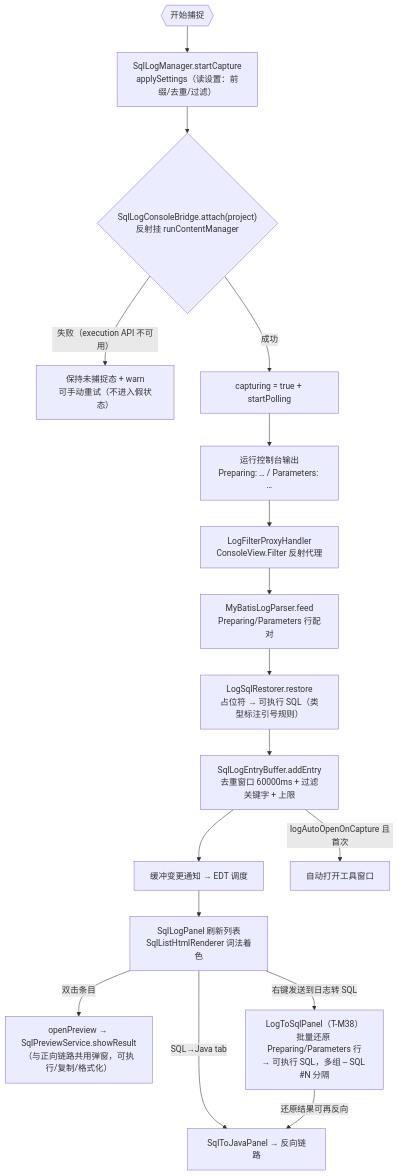
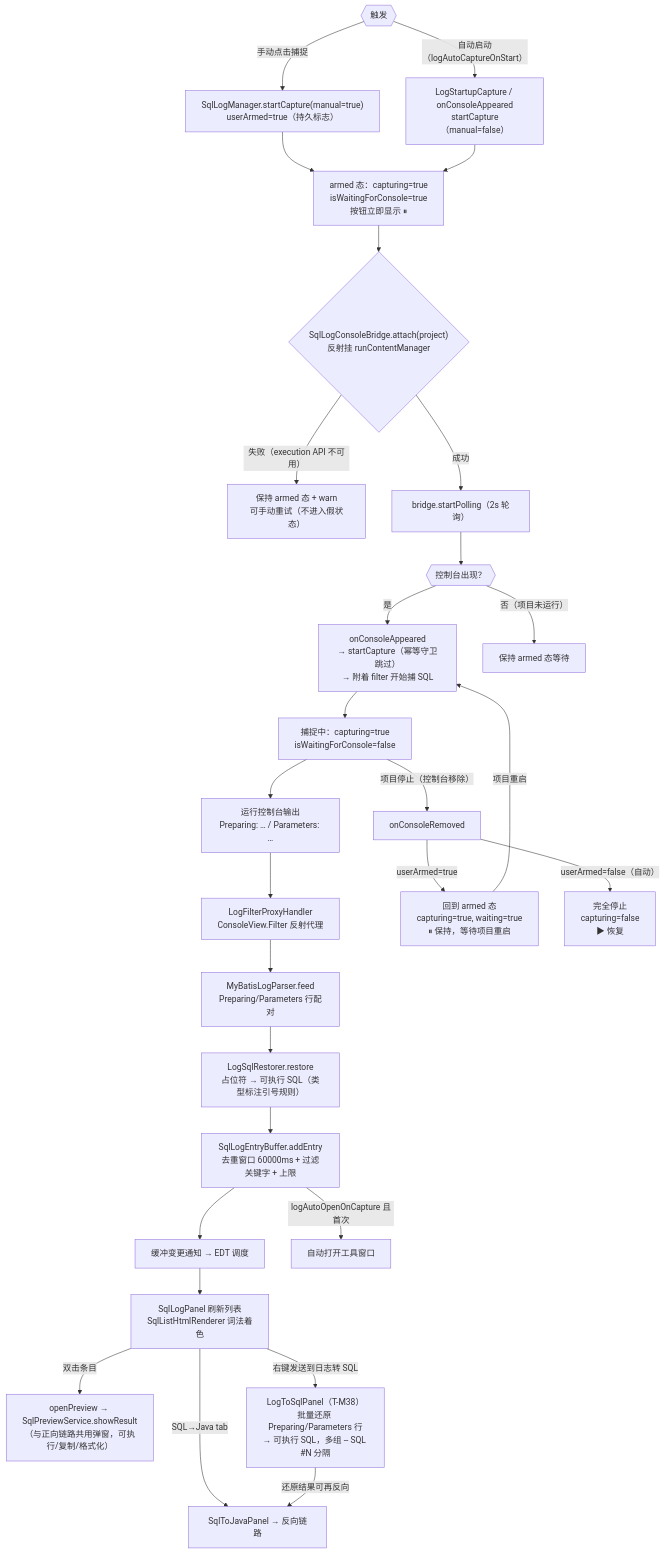
One commit to JayF211/mybatis-plus-sql-visualizer changed the seventh of 9 diagrams in docs/架构设计/02-核心流程详解.md. Above: the diagram before and after it, drawn with Mermaid. The commit also changed other lines of this file and 3 other files, not shown here.

````diff
--- a/docs/架构设计/02-核心流程详解.md
+++ b/docs/架构设计/02-核心流程详解.md
@@ -251,19 +251,30 @@
 ```mermaid
 flowchart TD
-    START{{"开始捕捉"}} --> B["SqlLogManager.startCapture<br/>applySettings（读设置：前缀/去重/过滤）"]
-    B --> ATT{"SqlLogConsoleBridge.attach(project)<br/>反射挂 runContentManager"}
-    ATT -->|"失败（execution API 不可用）"| FAIL["保持未捕捉态 + warn<br/>可手动重试（不进入假状态）"]
-    ATT -->|"成功"| CAP["capturing = true + startPolling"]
+    START{{"触发"}} -->|"手动点击捕捉"| MAN["SqlLogManager.startCapture(manual=true)<br/>userArmed=true（持久标志）"]
+    START{{"触发"}} -->|"自动启动（logAutoCaptureOnStart）"| AUTO["LogStartupCapture / onConsoleAppeared<br/>startCapture（manual=false）"]
+    MAN --> ARM["armed 态：capturing=true<br/>isWaitingForConsole=true<br/>按钮立即显示 ⏸"]
+    AUTO --> ARM
+    ARM --> ATT{"SqlLogConsoleBridge.attach(project)<br/>反射挂 runContentManager"}
+    ATT -->|"失败（execution API 不可用）"| FAIL["保持 armed 态 + warn<br/>可手动重试（不进入假状态）"]
+    ATT -->|"成功"| POLL["bridge.startPolling（2s 轮询）"]
+    POLL --> CONSOLE{{"控制台出现？"}}
+    CONSOLE -->|"是"| APPEAR["onConsoleAppeared<br/>→ startCapture（幂等守卫跳过）<br/>→ 附着 filter 开始捕 SQL"]
+    CONSOLE -->|"否（项目未运行）"| WAIT["保持 armed 态等待"]
+    APPEAR --> CAP["捕捉中：capturing=true<br/>isWaitingForConsole=false"]
     CAP --> CON["运行控制台输出<br/>Preparing: … / Parameters: …"]
     CON --> FILTER["LogFilterProxyHandler<br/>ConsoleView.Filter 反射代理"]
     FILTER --> PARSE["MyBatisLogParser.feed<br/>Preparing/Parameters 行配对"]
     PARSE --> RESTORE["LogSqlRestorer.restore<br/>占位符 → 可执行 SQL（类型标注引号规则）"]
     RESTORE --> BUF["SqlLogEntryBuffer.addEntry<br/>去重窗口 60000ms + 过滤关键字 + 上限"]
     BUF --> UI["缓冲变更通知 → EDT 调度"]
     UI --> PANEL["SqlLogPanel 刷新列表<br/>SqlListHtmlRenderer 词法着色"]
     BUF -->|"logAutoOpenOnCapture 且首次"| OPEN["自动打开工具窗口"]
     PANEL -->|"双击条目"| PREV["openPreview → SqlPreviewService.showResult<br/>（与正向链路共用弹窗，可执行/复制/格式化）"]
     PANEL -->|"右键发送到日志转 SQL"| LTS["LogToSqlPanel（T-M38）<br/>批量还原 Preparing/Parameters 行<br/>→ 可执行 SQL，多组 -- SQL #N 分隔"]
     PANEL -->|"SQL→Java tab"| REV["SqlToJavaPanel → 反向链路"]
     LTS -->|"还原结果可再反向"| REV
+    CAP -->|"项目停止（控制台移除）"| REMOVED["onConsoleRemoved"]
+    REMOVED -->|"userArmed=true"| BACK_TO_ARMED["回到 armed 态<br/>capturing=true, waiting=true<br/>⏸ 保持，等待项目重启"]
+    REMOVED -->|"userArmed=false（自动）"| STOP["完全停止<br/>capturing=false<br/>▶ 恢复"]
+    BACK_TO_ARMED -->|"项目重启"| APPEAR
 ```
````
